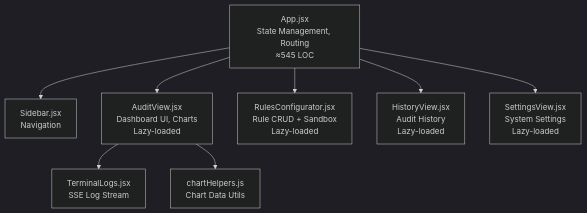
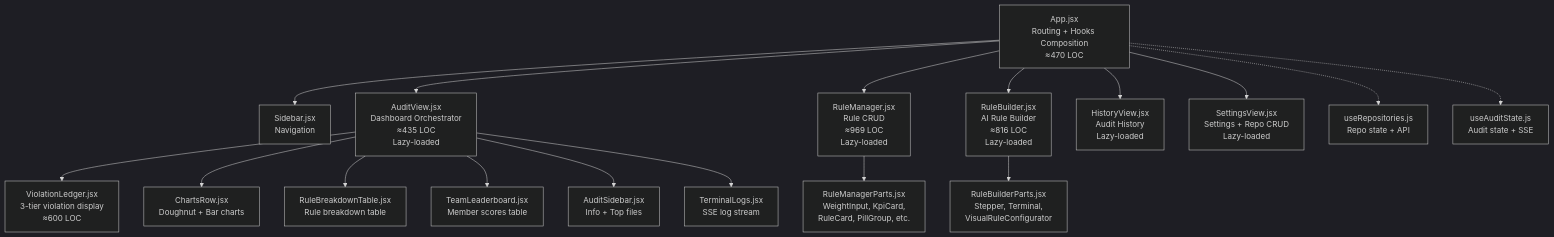
The third of 3 diagrams in docs/architecture/module_architecture.md (LongKunno/check_project), drawn with Mermaid (dark theme) before and after one commit. The commit also changed other lines of this file and 35 other files, not shown here.

Commit message:
refactor: modularize RuleManager components and implement new audit dashboard views and test suites

````diff
--- a/docs/architecture/module_architecture.md
+++ b/docs/architecture/module_architecture.md
@@ -51,10 +51,22 @@
 ```mermaid
 graph TD
-    APP[App.jsx<br/>State Management, Routing<br/>≈545 LOC] --> SB[Sidebar.jsx<br/>Navigation]
-    APP --> AV[AuditView.jsx<br/>Dashboard UI, Charts<br/>Lazy-loaded]
-    APP --> RC[RulesConfigurator.jsx<br/>Rule CRUD + Sandbox<br/>Lazy-loaded]
-    APP --> HV[HistoryView.jsx<br/>Audit History<br/>Lazy-loaded]
-    APP --> SV[SettingsView.jsx<br/>System Settings<br/>Lazy-loaded]
-    AV --> TL[TerminalLogs.jsx<br/>SSE Log Stream]
-    AV --> CH[chartHelpers.js<br/>Chart Data Utils]
+    APP["App.jsx<br/>Routing + Hooks Composition<br/>≈470 LOC"] --> SB[Sidebar.jsx<br/>Navigation]
+    APP --> AV["AuditView.jsx<br/>Dashboard Orchestrator<br/>≈435 LOC<br/>Lazy-loaded"]
+    APP --> RM["RuleManager.jsx<br/>Rule CRUD<br/>≈969 LOC<br/>Lazy-loaded"]
+    APP --> RB["RuleBuilder.jsx<br/>AI Rule Builder<br/>≈816 LOC<br/>Lazy-loaded"]
+    APP --> HV["HistoryView.jsx<br/>Audit History<br/>Lazy-loaded"]
+    APP --> SV["SettingsView.jsx<br/>Settings + Repo CRUD<br/>Lazy-loaded"]
+    
+    APP -.-> H1[useRepositories.js<br/>Repo state + API]
+    APP -.-> H2[useAuditState.js<br/>Audit state + SSE]
+
+    AV --> VL["ViolationLedger.jsx<br/>3-tier violation display<br/>≈600 LOC"]
+    AV --> CR[ChartsRow.jsx<br/>Doughnut + Bar charts]
+    AV --> RBT[RuleBreakdownTable.jsx<br/>Rule breakdown table]
+    AV --> TL[TeamLeaderboard.jsx<br/>Member scores table]
+    AV --> AS[AuditSidebar.jsx<br/>Info + Top files]
+    AV --> TLogs[TerminalLogs.jsx<br/>SSE log stream]
+
+    RM --> RMP["RuleManagerParts.jsx<br/>WeightInput, KpiCard,<br/>RuleCard, PillGroup, etc."]
+    RB --> RBP["RuleBuilderParts.jsx<br/>Stepper, Terminal,<br/>VisualRuleConfigurator"]
 ```
````
